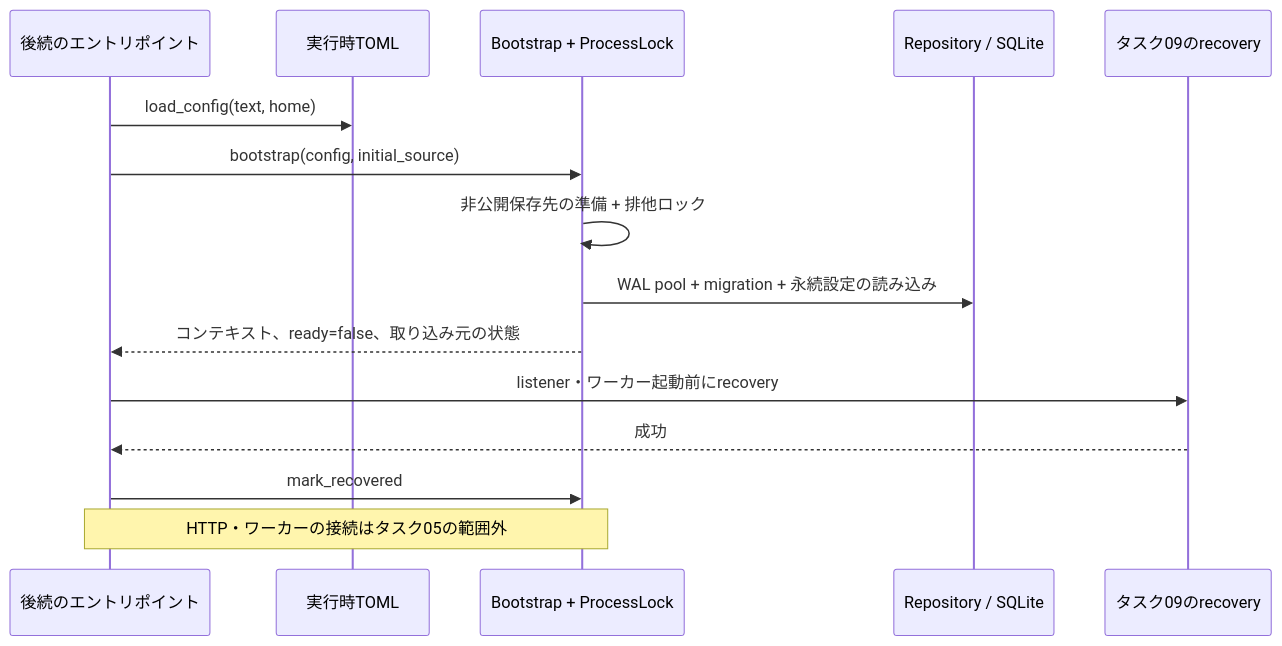
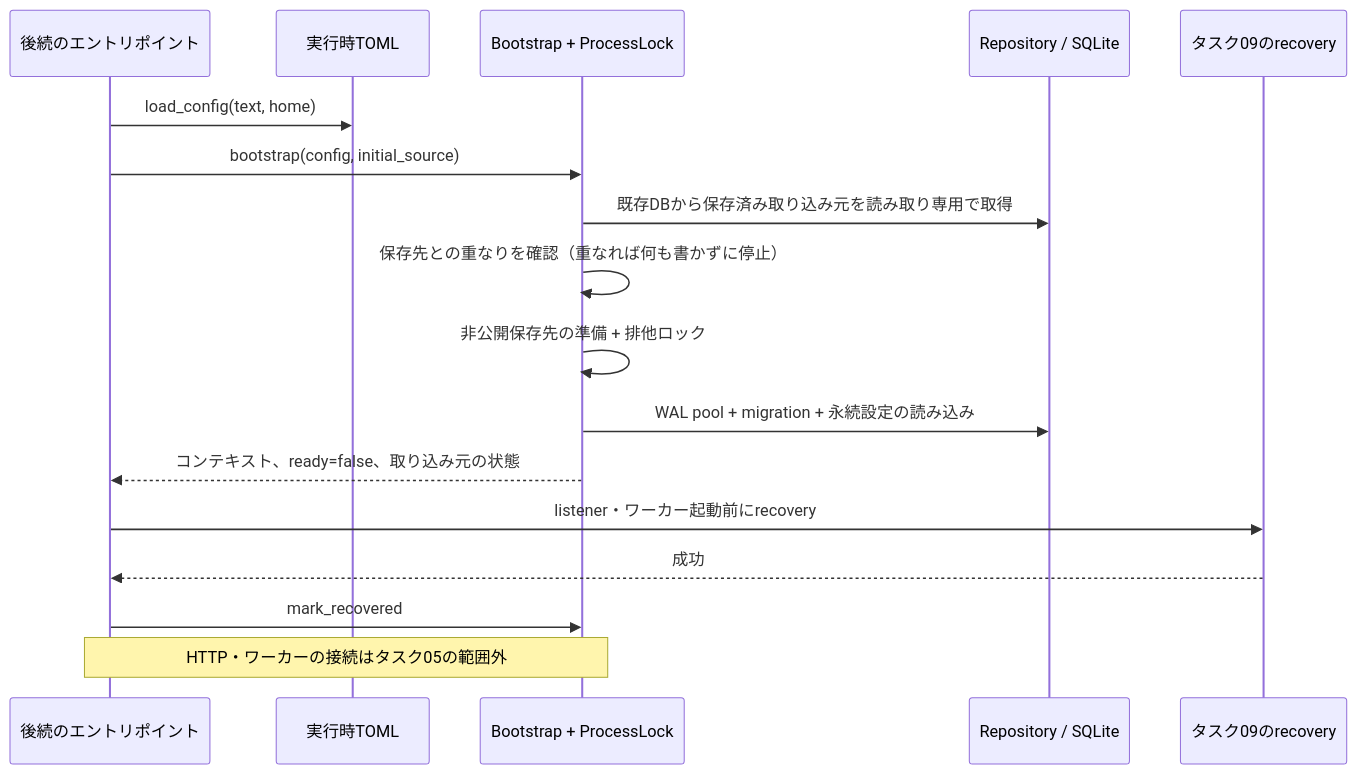
One commit to purinx/rustune changed the diagram in crates/server/src/db/README.md. Above: the diagram before and after it, drawn with Mermaid. The commit also changed other lines of this file and 5 other files, not shown here.

````diff
--- a/crates/server/src/db/README.md
+++ b/crates/server/src/db/README.md
@@ -74,17 +82,19 @@
 ```mermaid
 sequenceDiagram
     participant Main as 後続のエントリポイント
     participant Config as 実行時TOML
     participant Boot as Bootstrap + ProcessLock
     participant Repo as Repository / SQLite
     participant Recovery as タスク09のrecovery
     Main->>Config: load_config(text, home)
     Main->>Boot: bootstrap(config, initial_source)
+    Boot->>Repo: 既存DBから保存済み取り込み元を読み取り専用で取得
+    Boot->>Boot: 保存先との重なりを確認（重なれば何も書かずに停止）
     Boot->>Boot: 非公開保存先の準備 + 排他ロック
     Boot->>Repo: WAL pool + migration + 永続設定の読み込み
     Boot-->>Main: コンテキスト、ready=false、取り込み元の状態
     Main->>Recovery: listener・ワーカー起動前にrecovery
     Recovery-->>Main: 成功
     Main->>Boot: mark_recovered
     Note over Main,Boot: HTTP・ワーカーの接続はタスク05の範囲外
 ```
````
